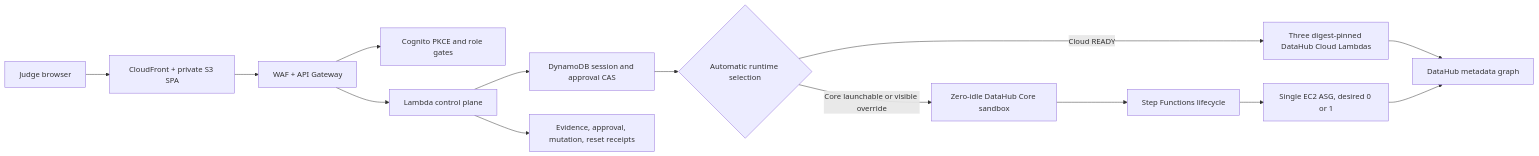
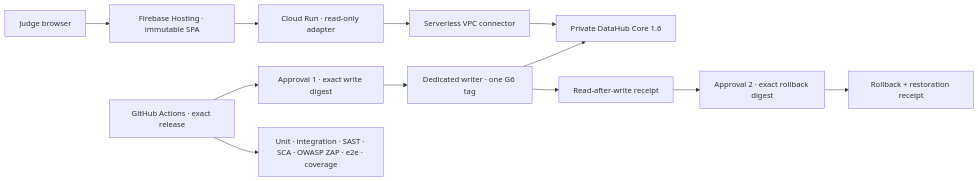
The diagram in README.md (upgradedev/archon-datahub), drawn with Mermaid before and after one commit. The commit also changed other lines of this file and 14 other files, not shown here.

First line of the commit message:
feat: present the evidence-first release to judges (#118)

````diff
--- a/README.md
+++ b/README.md
@@ -149,16 +155,14 @@
 ```mermaid
 flowchart LR
-  J["Judge browser"] --> CF["CloudFront + private S3 SPA"]
-  CF --> API["WAF + API Gateway"]
-  API --> AUTH["Cognito PKCE and role gates"]
-  API --> CONTROL["Lambda control plane"]
-  CONTROL --> SESSION["DynamoDB session and approval CAS"]
-  SESSION --> ROUTER{"Automatic runtime selection"}
-  ROUTER -->|"Cloud READY"| CLOUD["Three digest-pinned DataHub Cloud Lambdas"]
-  ROUTER -->|"Core launchable or visible override"| CORE["Zero-idle DataHub Core sandbox"]
-  CORE --> SFN["Step Functions lifecycle"]
-  SFN --> ASG["Single EC2 ASG, desired 0 or 1"]
-  CLOUD --> DH["DataHub metadata graph"]
-  ASG --> DH
-  CONTROL --> EVIDENCE["Evidence, approval, mutation, reset receipts"]
+  J["Judge browser"] --> FB["Firebase Hosting · immutable SPA"]
+  FB --> API["Cloud Run · read-only adapter"]
+  API --> VPC["Serverless VPC connector"]
+  VPC --> DH["Private DataHub Core 1.6"]
+  CI["GitHub Actions · exact release"] --> G1["Approval 1 · exact write digest"]
+  G1 --> WR["Dedicated writer · one G6 tag"]
+  WR --> DH
+  WR --> VERIFY["Read-after-write receipt"]
+  VERIFY --> G2["Approval 2 · exact rollback digest"]
+  G2 --> RESTORE["Rollback + restoration receipt"]
+  CI --> TESTS["Unit · integration · SAST · SCA · OWASP ZAP · e2e · coverage"]
 ```
````
